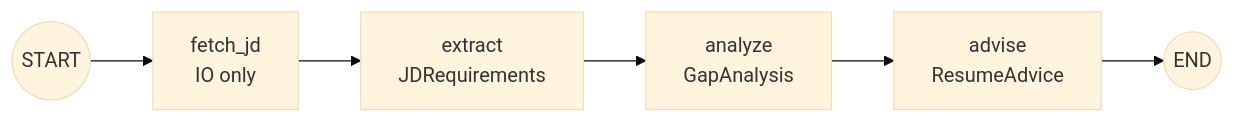
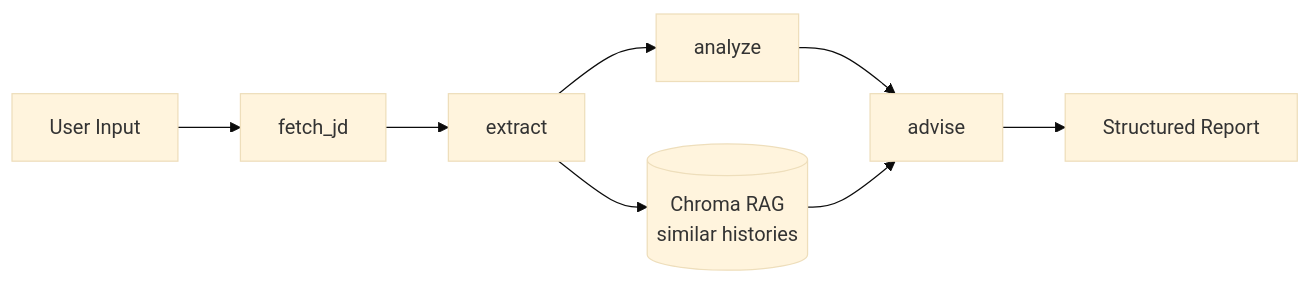
Before and after one commit to BigGooseDun/JobFit-Studio: the diagram in README.md, drawn with Mermaid (base theme). The commit also changed other lines of this file and 3 other files, not shown here.

First line of the commit message:
docs: polish bilingual README with architecture and limitations

````diff
--- a/README.md
+++ b/README.md
@@ -51,8 +35,10 @@
 ```mermaid
 flowchart LR
-    START((START)) --> F[fetch_jd<br/>IO only]
-    F --> E[extract<br/>JDRequirements]
-    E --> A[analyze<br/>GapAnalysis]
-    A --> D[advise<br/>ResumeAdvice]
-    D --> END((END))
+    User[User Input] --> Fetch[fetch_jd]
+    Fetch --> Extract[extract]
+    Extract --> Analyze[analyze]
+    Extract --> Retrieve[(Chroma RAG<br/>similar histories)]
+    Analyze --> Advise[advise]
+    Retrieve --> Advise
+    Advise --> Result[Structured Report]
 ```
````
